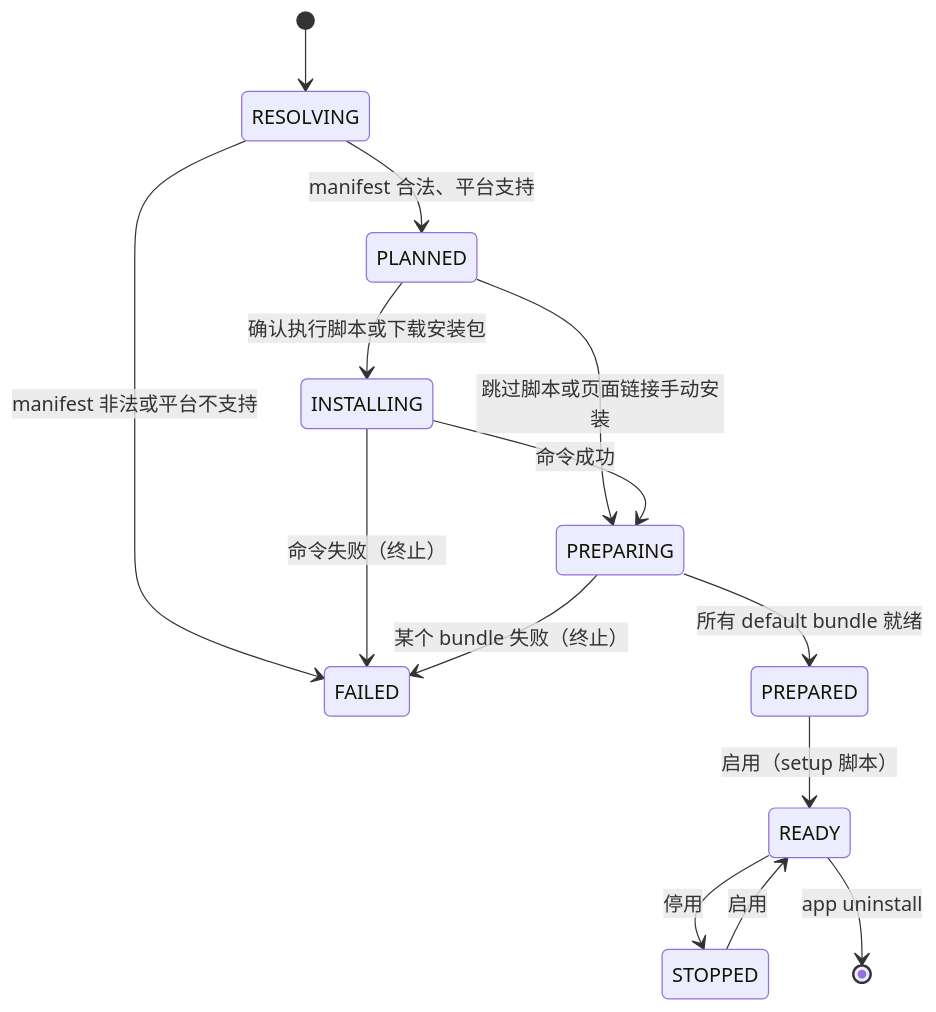
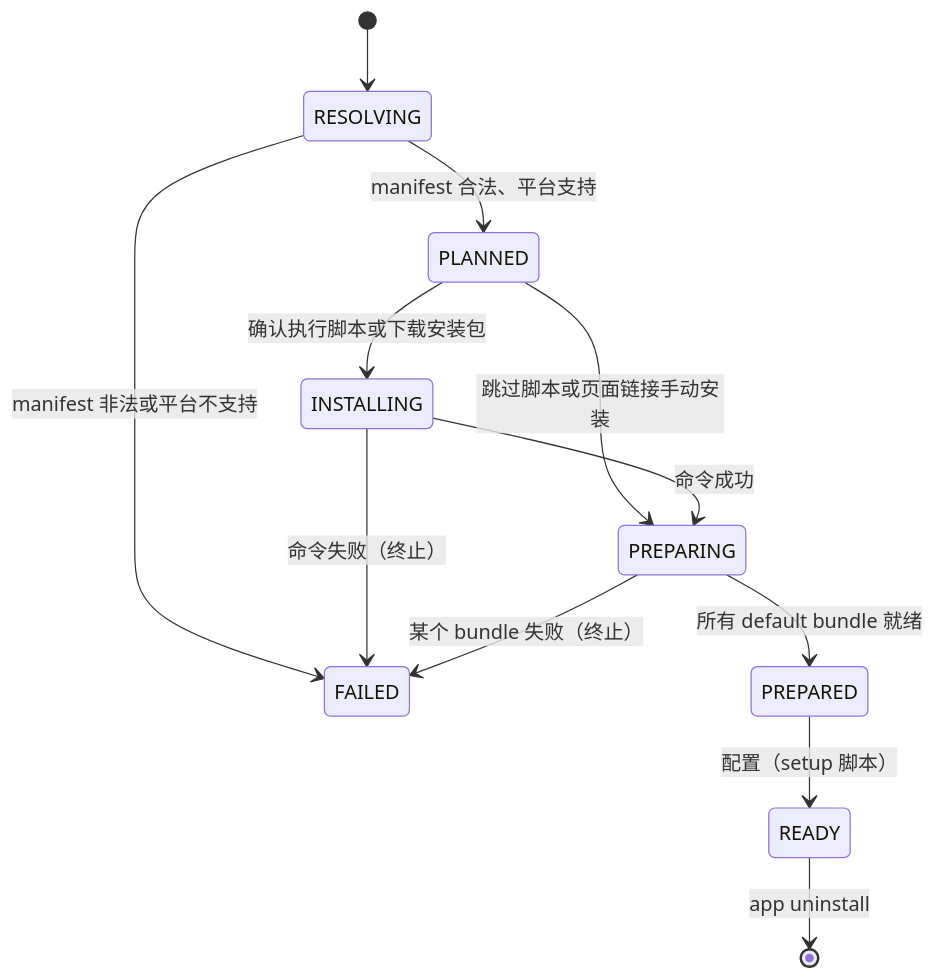
One commit to aodianyun/flashcli changed the second of 2 diagrams in docs/plans/application_install_plan.zh-CN.md. Above: the diagram before and after it, drawn with Mermaid. The commit also changed other lines of this file and 29 other files, not shown here.

````diff
--- a/docs/plans/application_install_plan.zh-CN.md
+++ b/docs/plans/application_install_plan.zh-CN.md
@@ -125,16 +124,14 @@
 ```mermaid
 stateDiagram-v2
   [*] --> RESOLVING
   RESOLVING --> PLANNED: manifest 合法、平台支持
   RESOLVING --> FAILED: manifest 非法或平台不支持
   PLANNED --> INSTALLING: 确认执行脚本或下载安装包
   PLANNED --> PREPARING: 跳过脚本或页面链接手动安装
   INSTALLING --> PREPARING: 命令成功
   INSTALLING --> FAILED: 命令失败（终止）
   PREPARING --> PREPARED: 所有 default bundle 就绪
   PREPARING --> FAILED: 某个 bundle 失败（终止）
-  PREPARED --> READY: 启用（setup 脚本）
-  READY --> STOPPED: 停用
-  STOPPED --> READY: 启用
+  PREPARED --> READY: 配置（setup 脚本）
   READY --> [*]: app uninstall
 ```
````
